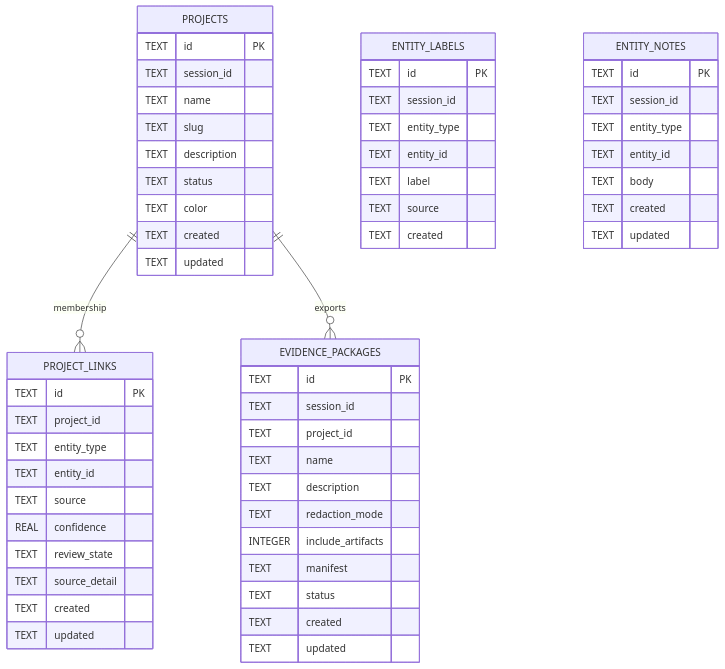
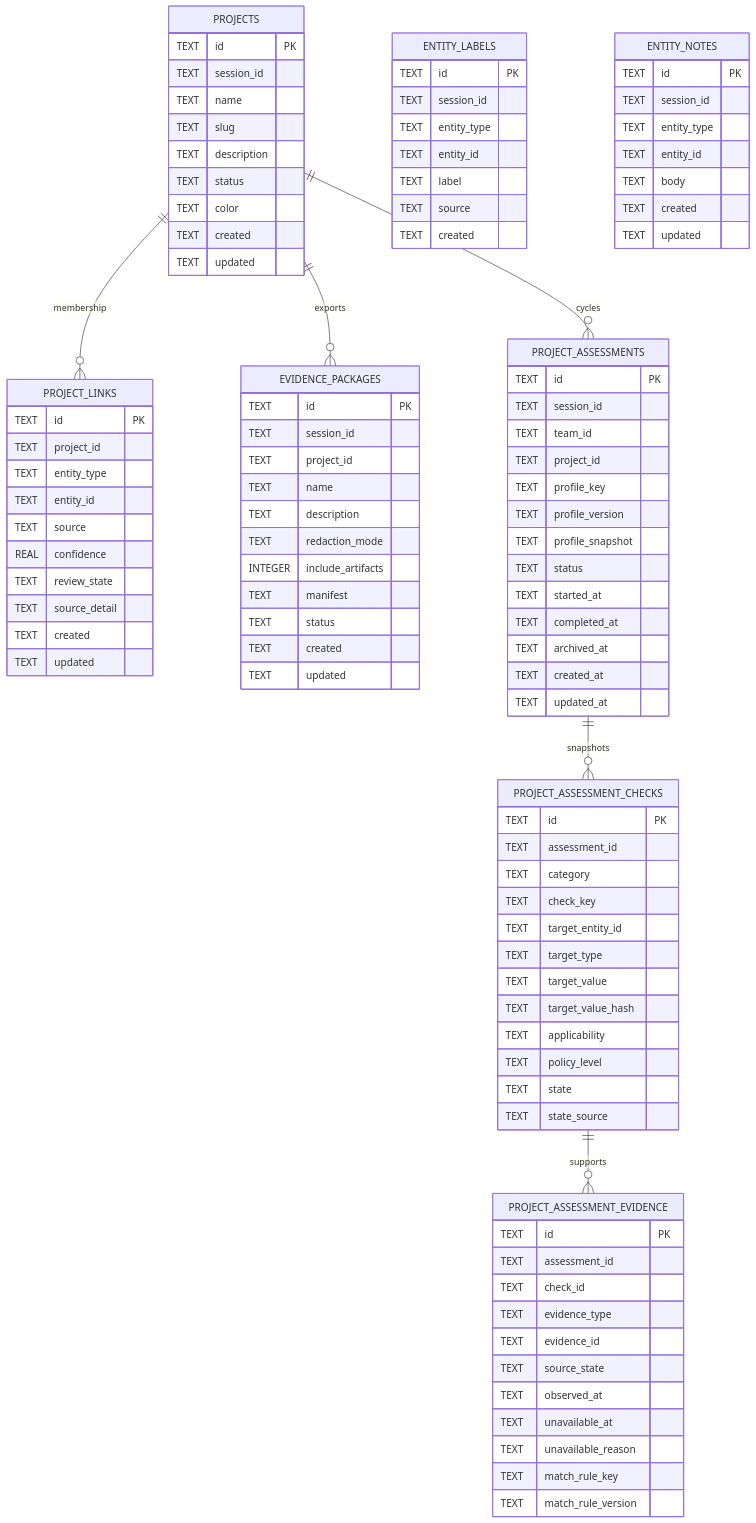
One commit to darklab-sh/darklab-shell changed the tenth of 10 diagrams in ARCHITECTURE.md. Above: the diagram before and after it, drawn with Mermaid. The commit also changed other lines of this file and 11 other files, not shown here.

Commit message:
Project Assessment Workspace: Add assessment persistence foundation

````diff
--- a/ARCHITECTURE.md
+++ b/ARCHITECTURE.md
@@ -1774,6 +1778,48 @@
     TEXT created
     TEXT updated
   }
+  PROJECT_ASSESSMENTS {
+    TEXT id PK
+    TEXT session_id
+    TEXT team_id
+    TEXT project_id
+    TEXT profile_key
+    TEXT profile_version
+    TEXT profile_snapshot
+    TEXT status
+    TEXT started_at
+    TEXT completed_at
+    TEXT archived_at
+    TEXT created_at
+    TEXT updated_at
+  }
+  PROJECT_ASSESSMENT_CHECKS {
+    TEXT id PK
+    TEXT assessment_id
+    TEXT category
+    TEXT check_key
+    TEXT target_entity_id
+    TEXT target_type
+    TEXT target_value
+    TEXT target_value_hash
+    TEXT applicability
+    TEXT policy_level
+    TEXT state
+    TEXT state_source
+  }
+  PROJECT_ASSESSMENT_EVIDENCE {
+    TEXT id PK
+    TEXT assessment_id
+    TEXT check_id
+    TEXT evidence_type
+    TEXT evidence_id
+    TEXT source_state
+    TEXT observed_at
+    TEXT unavailable_at
+    TEXT unavailable_reason
+    TEXT match_rule_key
+    TEXT match_rule_version
+  }
   ENTITY_LABELS {
     TEXT id PK
     TEXT session_id
@@ -1794,4 +1840,7 @@
   }
   PROJECTS ||--o{ PROJECT_LINKS : "membership"
   PROJECTS ||--o{ EVIDENCE_PACKAGES : "exports"
+  PROJECTS ||--o{ PROJECT_ASSESSMENTS : "cycles"
+  PROJECT_ASSESSMENTS ||--o{ PROJECT_ASSESSMENT_CHECKS : "snapshots"
+  PROJECT_ASSESSMENT_CHECKS ||--o{ PROJECT_ASSESSMENT_EVIDENCE : "supports"
 ```
````
